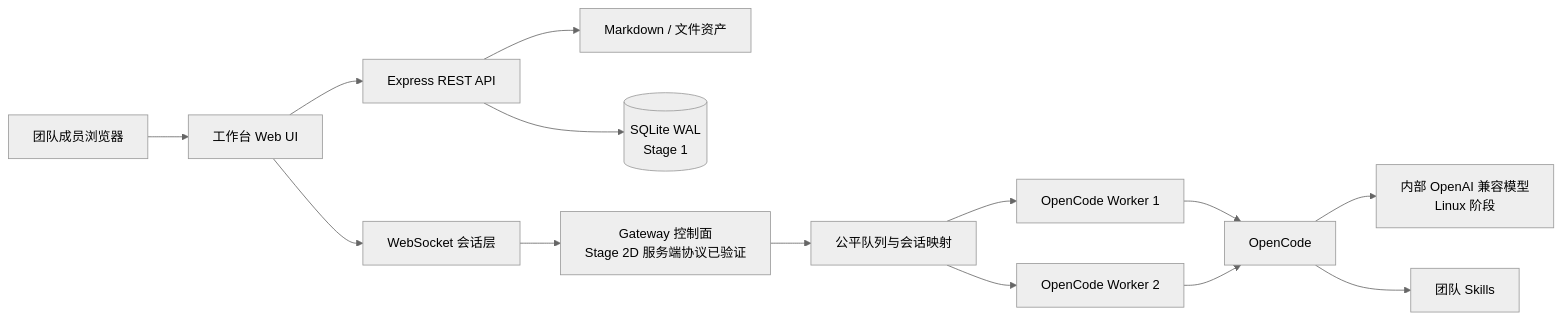
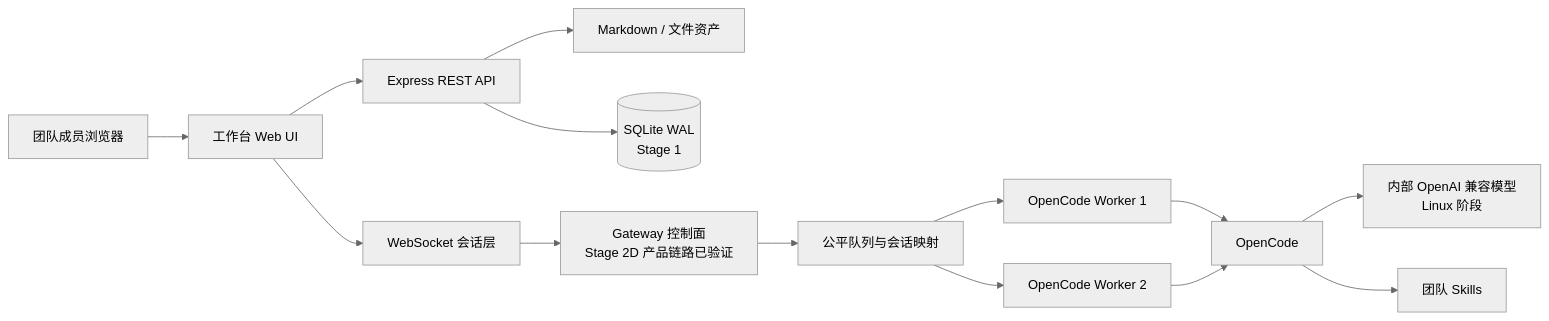
One commit to rainerzhao/opencode-ia changed the second of 2 diagrams in README.md. Above: the diagram before and after it, drawn with Mermaid (neutral theme). The commit also changed other lines of this file and 23 other files, not shown here.

````diff
--- a/README.md
+++ b/README.md
@@ -98,16 +99,16 @@
 ```mermaid
 flowchart LR
     U[团队成员浏览器] --> W[工作台 Web UI]
     W --> A[Express REST API]
     W --> S[WebSocket 会话层]
     A --> F[Markdown / 文件资产]
     A --> D[(SQLite WAL<br/>Stage 1)]
-    S --> G[Gateway 控制面<br/>Stage 2D 服务端协议已验证]
+    S --> G[Gateway 控制面<br/>Stage 2D 产品链路已验证]
     G --> Q[公平队列与会话映射]
     Q --> W1[OpenCode Worker 1]
     Q --> W2[OpenCode Worker 2]
     W1 --> O[OpenCode]
     W2 --> O
     O --> M[内部 OpenAI 兼容模型<br/>Linux 阶段]
     O --> K[团队 Skills]
 ```
````
